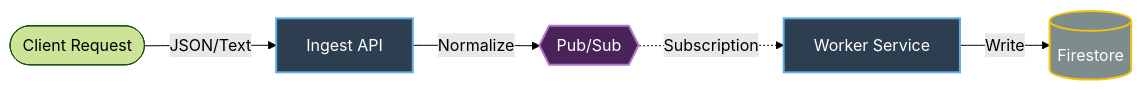
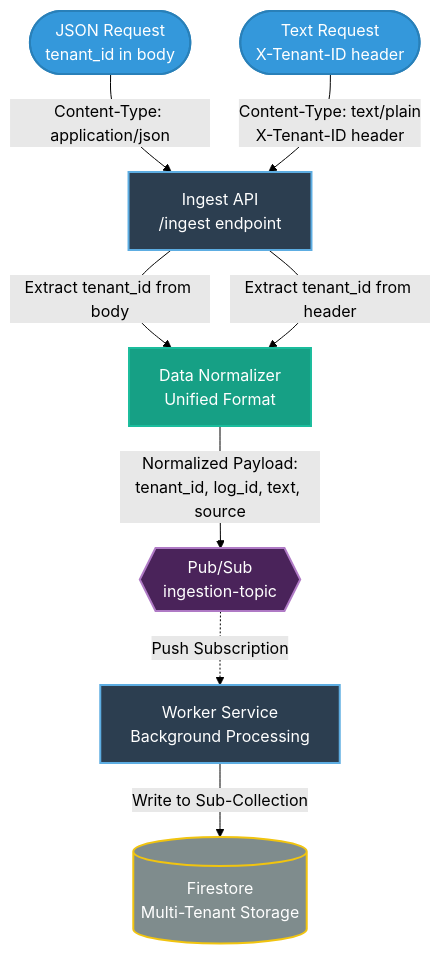
The diagram in README.md (RahulR30/memory-machines-backendtask), drawn with Mermaid (forest theme) before and after one commit. The commit also changed other lines of this file, not shown here.

````diff
--- a/README.md
+++ b/README.md
@@ -42,24 +42,39 @@
 ```mermaid
-flowchart LR
-    %% Nodes
-    Client([Client Request])
-    API[Ingest API]
-    PS{{Pub/Sub}}
-    Worker[Worker Service]
-    DB[(Firestore)]
-
-    %% Flow
-    Client -->|JSON/Text| API
-    API -->|Normalize| PS
-    PS -.->|Subscription| Worker
-    Worker -->|Write| DB
-
-    %% Styling - Dark Mode Optimized
+flowchart TB
+    %% Input Nodes
+    JSON_Client([JSON Request<br/>tenant_id in body])
+    TEXT_Client([Text Request<br/>X-Tenant-ID header])
+    
+    %% Processing Nodes
+    API[Ingest API<br/>/ingest endpoint]
+    Normalizer[Data Normalizer<br/>Unified Format]
+    PS{{Pub/Sub<br/>ingestion-topic}}
+    Worker[Worker Service<br/>Background Processing]
+    DB[(Firestore<br/>Multi-Tenant Storage)]
+    
+    %% JSON Path
+    JSON_Client -->|Content-Type: application/json| API
+    API -->|Extract tenant_id from body| Normalizer
+    
+    %% Text Path
+    TEXT_Client -->|Content-Type: text/plain<br/>X-Tenant-ID header| API
+    API -->|Extract tenant_id from header| Normalizer
+    
+    %% Unified Path
+    Normalizer -->|Normalized Payload:<br/>tenant_id, log_id, text, source| PS
+    PS -.->|Push Subscription| Worker
+    Worker -->|Write to Sub-Collection| DB
+    
+    %% Styling
+    classDef input fill:#3498db,stroke:#2980b9,stroke-width:2px,color:white;
     classDef compute fill:#2c3e50,stroke:#5dade2,stroke-width:2px,color:white;
+    classDef normalize fill:#16a085,stroke:#1abc9c,stroke-width:2px,color:white;
     classDef storage fill:#7f8c8d,stroke:#f1c40f,stroke-width:2px,color:white;
     classDef queue fill:#4a235a,stroke:#af7ac5,stroke-width:2px,color:white;
-
+    
+    class JSON_Client,TEXT_Client input;
     class API,Worker compute;
+    class Normalizer normalize;
     class DB storage;
     class PS queue;
 ```
````
